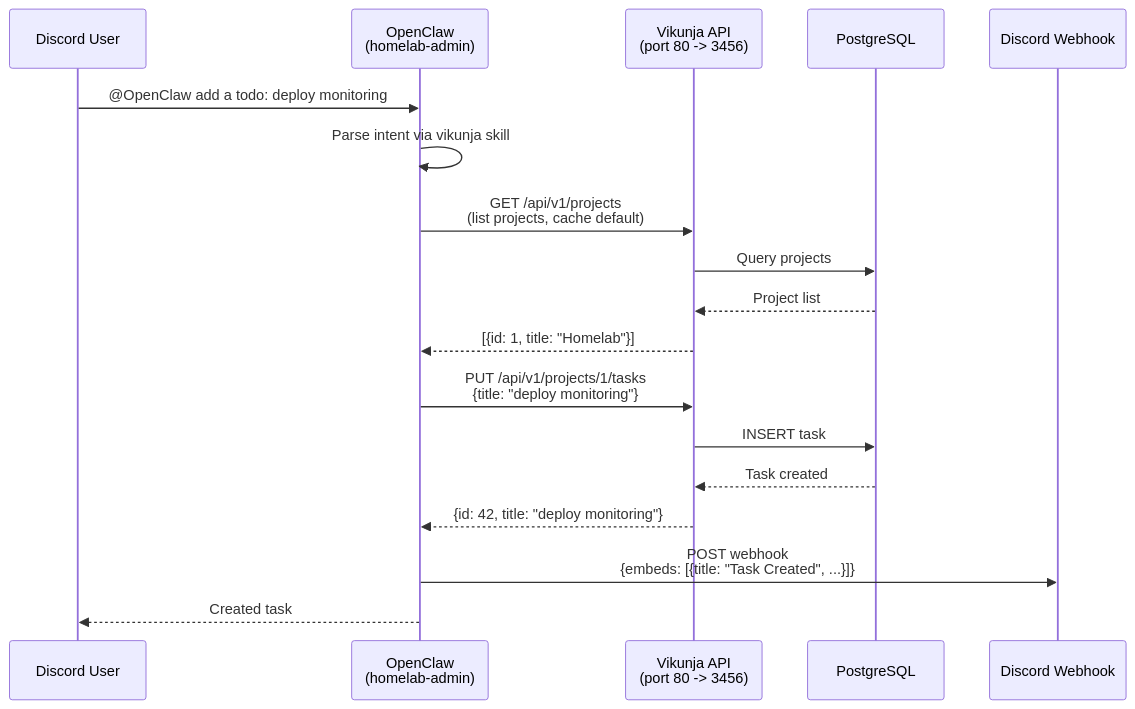
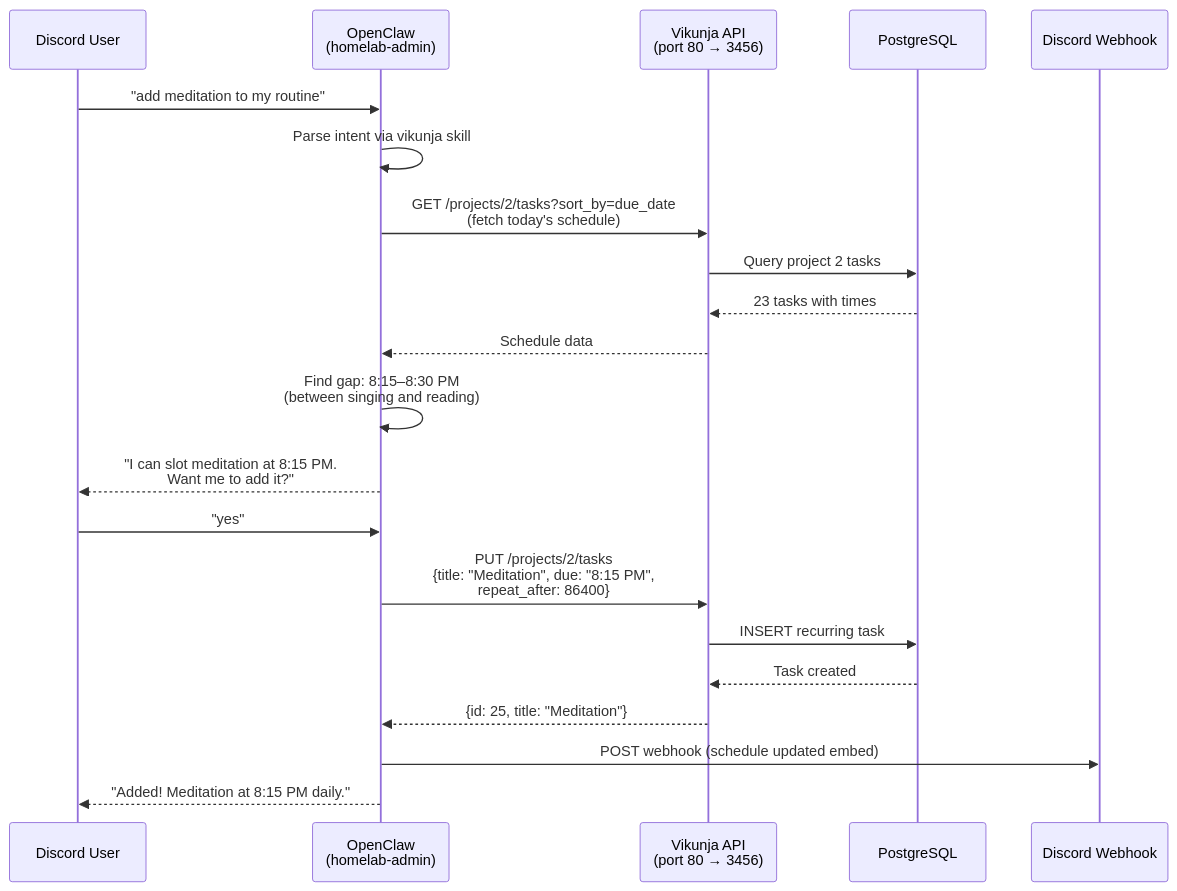
Before and after one commit to haingth77/homelab: the second of 5 diagrams in k8s/apps/vikunja/README.md, drawn with Mermaid. The commit also changed other lines of this file and 3 other files, not shown here.

First line of the commit message:
docs: comprehensive documentation for daily routine, journal, and schedule management (#110)

````diff
--- a/k8s/apps/vikunja/README.md
+++ b/k8s/apps/vikunja/README.md
@@ -300,21 +344,24 @@
 ```mermaid
 sequenceDiagram
     participant User as Discord User
     participant OC as OpenClaw<br/>(homelab-admin)
-    participant Vik as Vikunja API<br/>(port 80 -> 3456)
+    participant Vik as Vikunja API<br/>(port 80 → 3456)
     participant DB as PostgreSQL
     participant DW as Discord Webhook
 
-    User->>OC: @OpenClaw add a todo: deploy monitoring
+    User->>OC: "add meditation to my routine"
     OC->>OC: Parse intent via vikunja skill
-    OC->>Vik: GET /api/v1/projects<br/>(list projects, cache default)
-    Vik->>DB: Query projects
-    DB-->>Vik: Project list
-    Vik-->>OC: [{id: 1, title: "Homelab"}]
-    OC->>Vik: PUT /api/v1/projects/1/tasks<br/>{title: "deploy monitoring"}
-    Vik->>DB: INSERT task
+    OC->>Vik: GET /projects/2/tasks?sort_by=due_date<br/>(fetch today's schedule)
+    Vik->>DB: Query project 2 tasks
+    DB-->>Vik: 23 tasks with times
+    Vik-->>OC: Schedule data
+    OC->>OC: Find gap: 8:15–8:30 PM<br/>(between singing and reading)
+    OC-->>User: "I can slot meditation at 8:15 PM.<br/>Want me to add it?"
+    User->>OC: "yes"
+    OC->>Vik: PUT /projects/2/tasks<br/>{title: "Meditation", due: "8:15 PM",<br/>repeat_after: 86400}
+    Vik->>DB: INSERT recurring task
     DB-->>Vik: Task created
-    Vik-->>OC: {id: 42, title: "deploy monitoring"}
-    OC->>DW: POST webhook<br/>{embeds: [{title: "Task Created", ...}]}
-    OC-->>User: Created task #42: deploy monitoring
+    Vik-->>OC: {id: 25, title: "Meditation"}
+    OC->>DW: POST webhook (schedule updated embed)
+    OC-->>User: "Added! Meditation at 8:15 PM daily."
 ```
````
